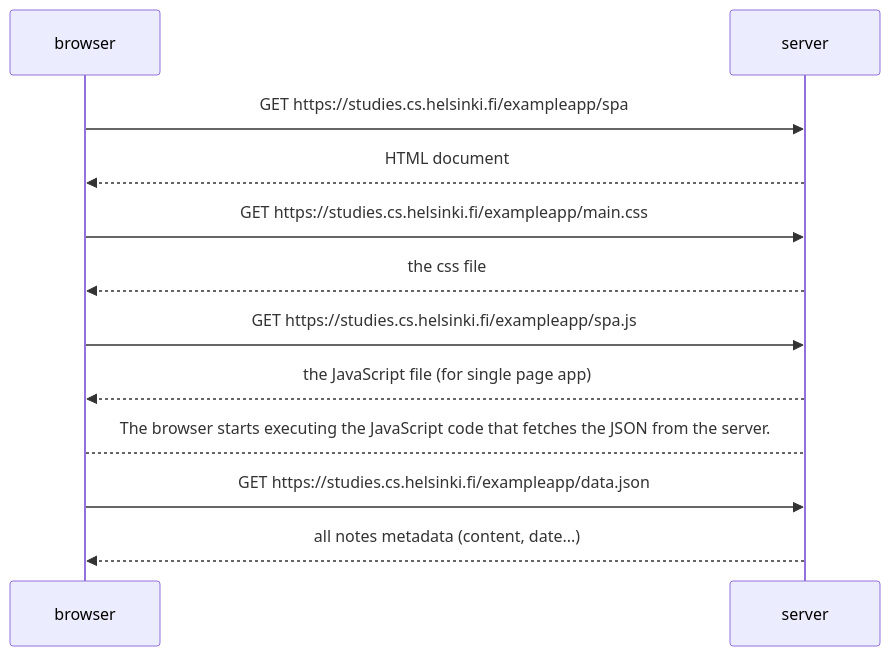
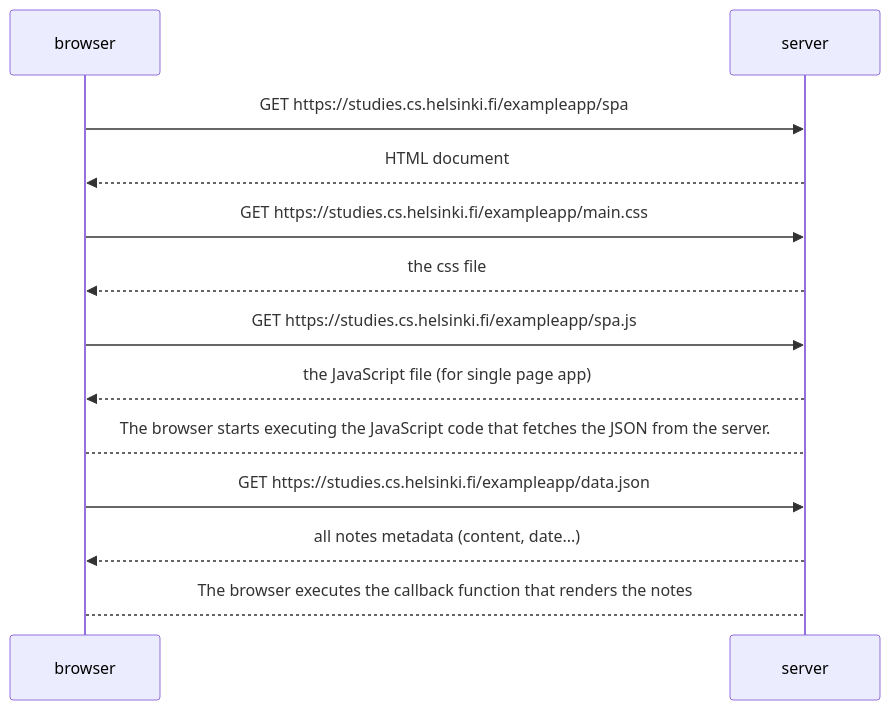
Before and after one commit to Sprachenmeister/Full_Stack_Open: the diagram in part0/singlePageAppDiagram.md, drawn with Mermaid.

Commit message:
file update

````diff
--- a/part0/singlePageAppDiagram.md
+++ b/part0/singlePageAppDiagram.md
@@ -3,17 +3,19 @@
 ```mermaid
 sequenceDiagram
 
     browser->>server: GET https://studies.cs.helsinki.fi/exampleapp/spa
     server-->>browser: HTML document
 
     browser->>server: GET https://studies.cs.helsinki.fi/exampleapp/main.css
     server-->>browser: the css file
 
     browser->>server: GET https://studies.cs.helsinki.fi/exampleapp/spa.js
     server-->>browser: the JavaScript file (for single page app)
     
     browser-->server: The browser starts executing the JavaScript code that fetches the JSON from the server.
 
     browser->>server: GET https://studies.cs.helsinki.fi/exampleapp/data.json
     server-->>browser: all notes metadata (content, date...)
+
+    browser-->server: The browser executes the callback function that renders the notes
 ```
````
